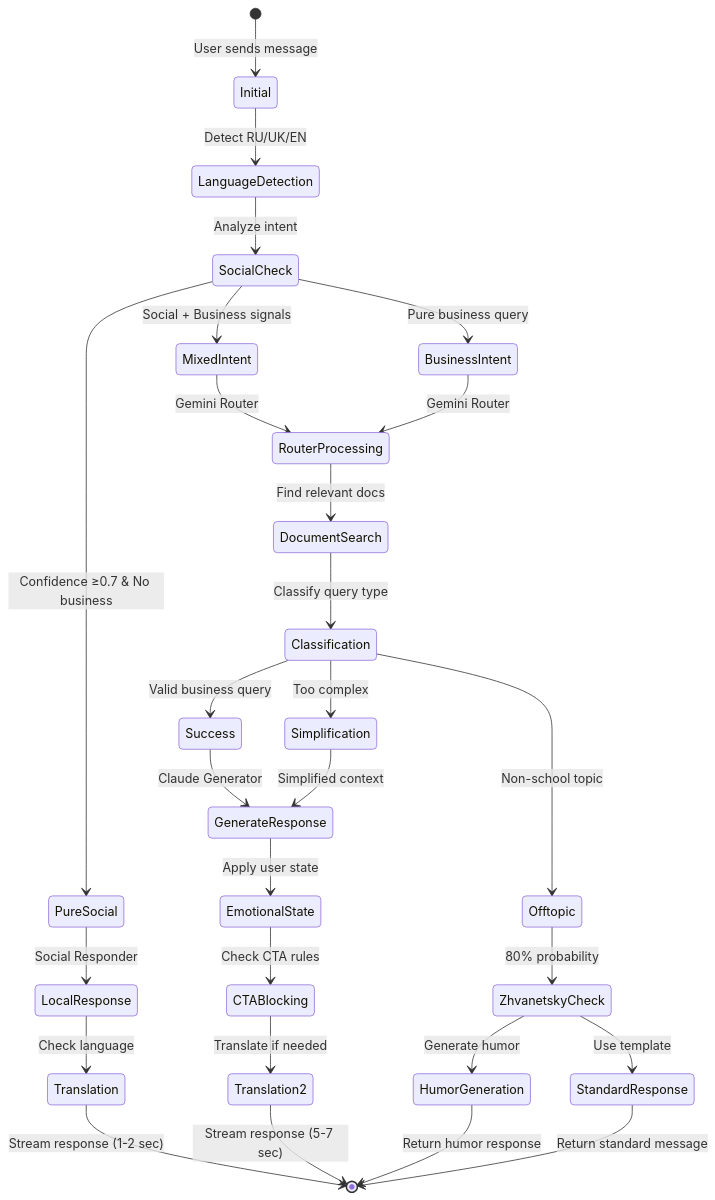
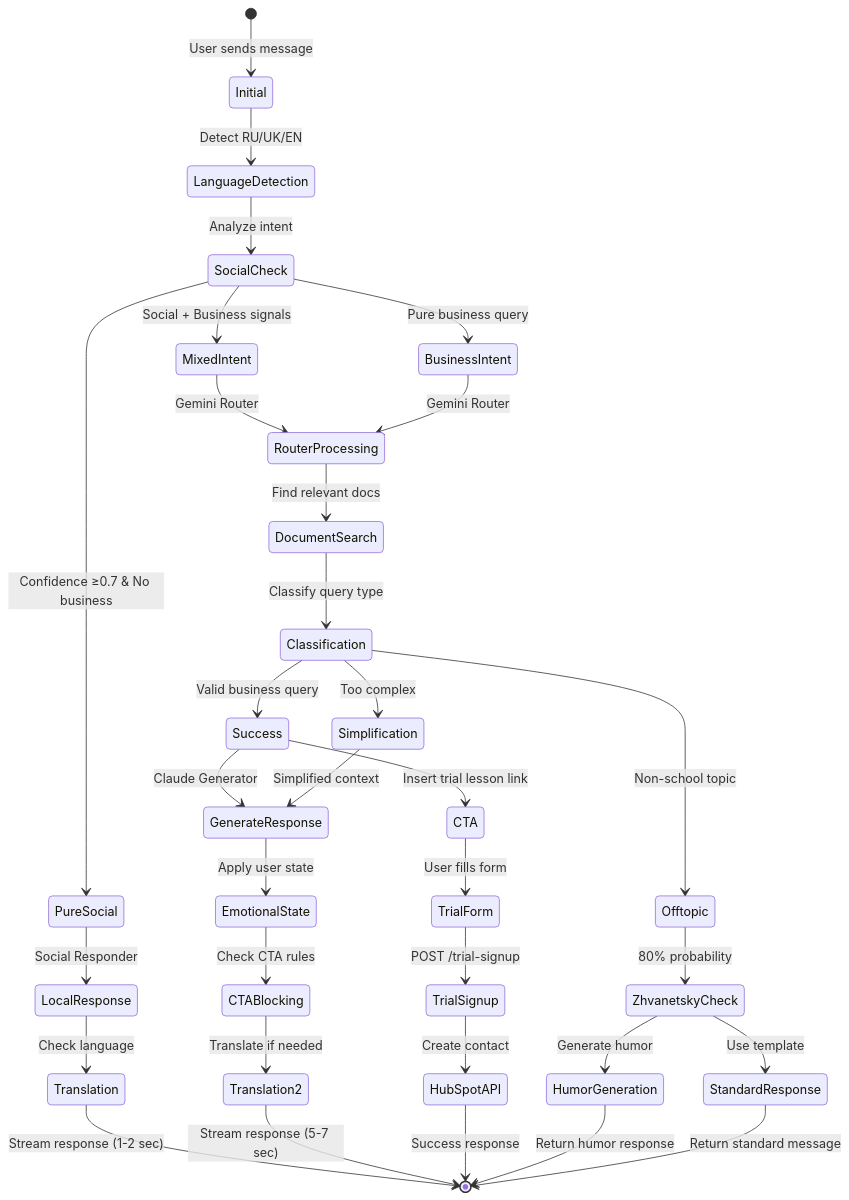
The third of 5 diagrams in README.md (shao3d/Ukido_DynContInj), drawn with Mermaid before and after one commit. The commit also changed other lines of this file, not shown here.

First line of the commit message:
docs: Обновление README.md до v0.17.0 с HubSpot CRM интеграцией

````diff
--- a/README.md
+++ b/README.md
@@ -227,38 +293,44 @@
 ```mermaid
 stateDiagram-v2
     [*] --> Initial: User sends message
     Initial --> LanguageDetection: Detect RU/UK/EN
     LanguageDetection --> SocialCheck: Analyze intent
-    
+
     SocialCheck --> PureSocial: Confidence ≥0.7 & No business
     SocialCheck --> MixedIntent: Social + Business signals
     SocialCheck --> BusinessIntent: Pure business query
-    
+
     PureSocial --> LocalResponse: Social Responder
     LocalResponse --> Translation: Check language
     Translation --> [*]: Stream response (1-2 sec)
-    
+
     MixedIntent --> RouterProcessing: Gemini Router
     BusinessIntent --> RouterProcessing: Gemini Router
-    
+
     RouterProcessing --> DocumentSearch: Find relevant docs
     DocumentSearch --> Classification: Classify query type
-    
+
     Classification --> Success: Valid business query
     Classification --> Offtopic: Non-school topic
     Classification --> Simplification: Too complex
-    
+
     Success --> GenerateResponse: Claude Generator
     GenerateResponse --> EmotionalState: Apply user state
     EmotionalState --> CTABlocking: Check CTA rules
     CTABlocking --> Translation2: Translate if needed
     Translation2 --> [*]: Stream response (5-7 sec)
-    
+
+    Success --> CTA: Insert trial lesson link
+    CTA --> TrialForm: User fills form
+    TrialForm --> TrialSignup: POST /trial-signup
+    TrialSignup --> HubSpotAPI: Create contact
+    HubSpotAPI --> [*]: Success response
+
     Offtopic --> ZhvanetskyCheck: 80% probability
     ZhvanetskyCheck --> HumorGeneration: Generate humor
     ZhvanetskyCheck --> StandardResponse: Use template
     HumorGeneration --> [*]: Return humor response
     StandardResponse --> [*]: Return standard message
-    
+
     Simplification --> GenerateResponse: Simplified context
 ```
````
